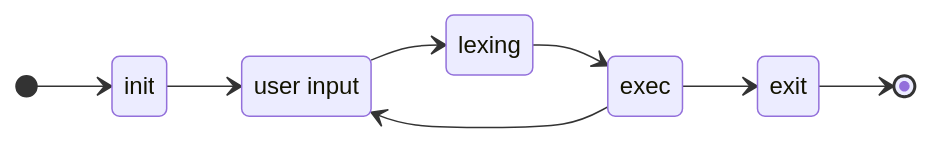
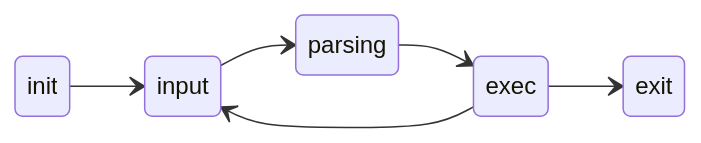
One commit to octoross-42/minishell changed the first of 4 diagrams in README.md. Above: the diagram before and after it, drawn with Mermaid. The commit also changed other lines of this file, not shown here.

````diff
--- a/README.md
+++ b/README.md
@@ -22,18 +29,17 @@
 ```mermaid
 stateDiagram-v2
 	direction LR
     state "init" as init
-    state "user input" as input
-    state "lexing" as lexing
+    state "input" as input
+    state "parsing" as parsing
     state "exec" as execution
+
     state "exit" as exit
 	
-	[*] --> init
 	init --> input
-	input --> lexing
-	lexing --> execution
+	input --> parsing
+	parsing --> execution
 	execution --> exit
 	execution --> input
-	exit --> [*]
 
 ```
````
